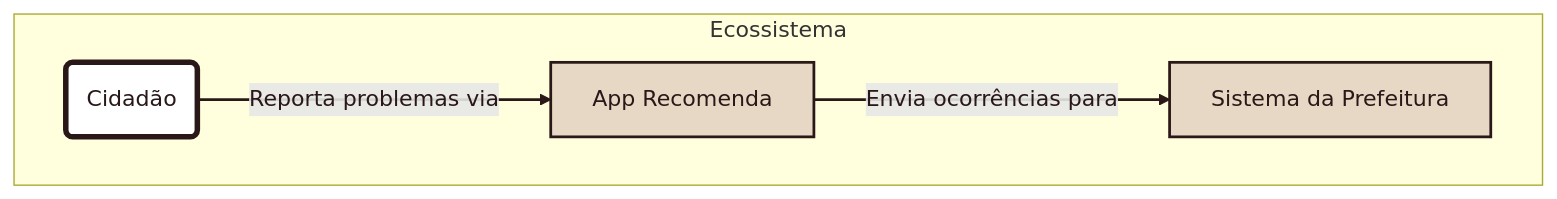
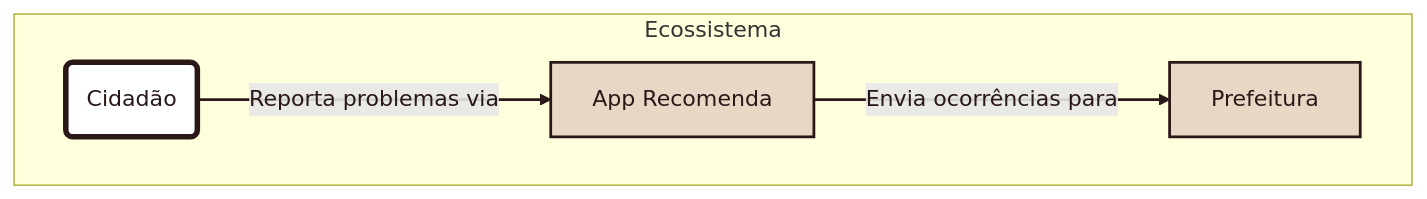
Before and after one commit to CAFFD/Project-Recomenda: the first of 2 diagrams in docs/architecture.md, drawn with Mermaid. The commit also changed other lines of this file, not shown here.

Commit message:
Update architecture diagram to reflect database change

````diff
--- a/docs/architecture.md
+++ b/docs/architecture.md
@@ -7,13 +7,13 @@
 ```mermaid
 graph TD
     subgraph "Ecossistema"
         A(Cidadão) -- Reporta problemas via --> B[App Recomenda];
-        B -- Envia ocorrências para --> C[Sistema da Prefeitura];
+        B -- Envia ocorrências para --> C[Prefeitura];
     end
 
     %% Estilização
     style A fill:#FFFFFF,stroke:#2A1818,stroke-width:4px,color:#2A1818
     style B fill:#E7D8C6,stroke:#2A1818,stroke-width:2px,color:#2A1818
     style C fill:#E7D8C6,stroke:#2A1818,stroke-width:2px,color:#2A1818
     linkStyle default stroke:#2A1818,stroke-width:2px,color:#2A1818
 ```
````
